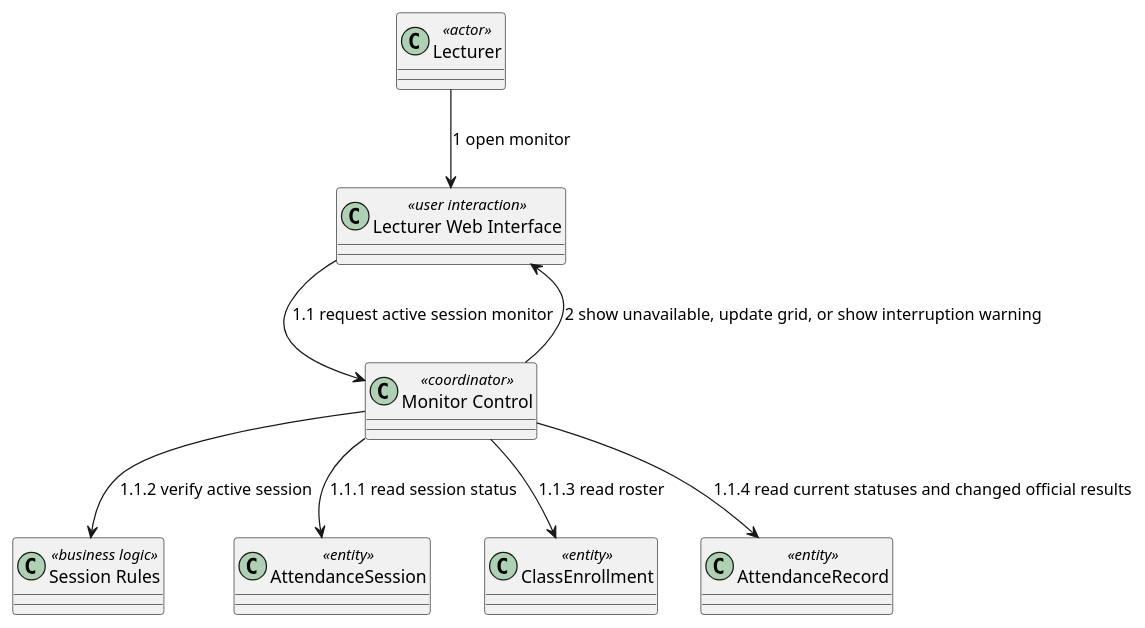
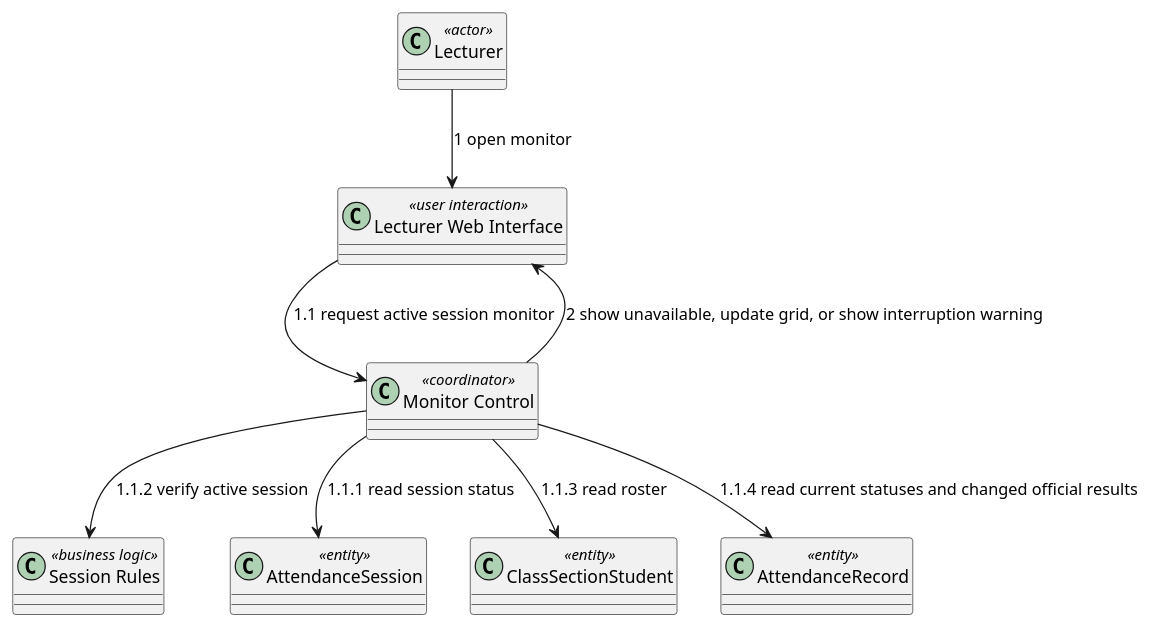
One commit to nttung42/SWD392 changed diagram 18 of 29 in docs/sds/2_Analysis.md. Above: the diagram before and after it, drawn with PlantUML. The commit also changed other lines of this file and 2 other files, not shown here.

````diff
--- a/docs/sds/2_Analysis.md
+++ b/docs/sds/2_Analysis.md
@@ -998,19 +1006,19 @@
 ```plantuml
 @startuml
 class "Lecturer" as Lecturer <<actor>>
 class "Lecturer Web Interface" as LecturerUI <<user interaction>>
 class "Monitor Control" as MonitorControl <<coordinator>>
 class "Session Rules" as SessionRules <<business logic>>
 class "AttendanceSession" as AttendanceSession <<entity>>
-class "ClassEnrollment" as ClassEnrollment <<entity>>
+class "ClassSectionStudent" as ClassSectionStudent <<entity>>
 class "AttendanceRecord" as AttendanceRecord <<entity>>
 
 Lecturer --> LecturerUI : 1 open monitor
 LecturerUI --> MonitorControl : 1.1 request active session monitor
 MonitorControl --> AttendanceSession : 1.1.1 read session status
 MonitorControl --> SessionRules : 1.1.2 verify active session
-MonitorControl --> ClassEnrollment : 1.1.3 read roster
+MonitorControl --> ClassSectionStudent : 1.1.3 read roster
 MonitorControl --> AttendanceRecord : 1.1.4 read current statuses and changed official results
 MonitorControl --> LecturerUI : 2 show unavailable, update grid, or show interruption warning
 @enduml
 ```
````
